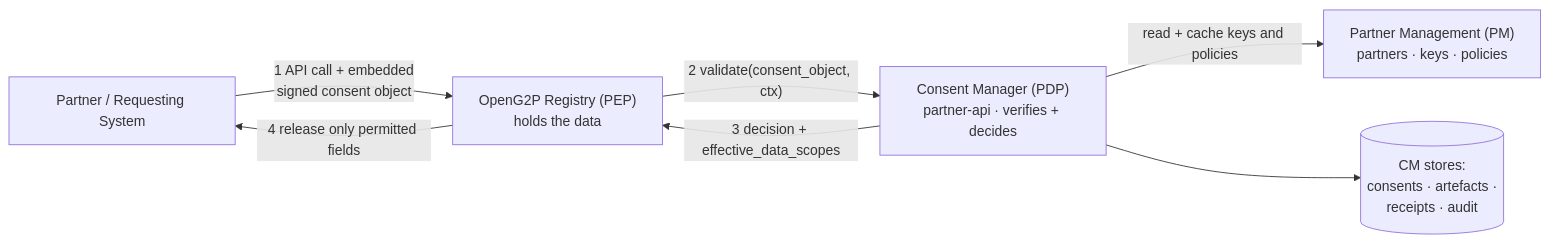
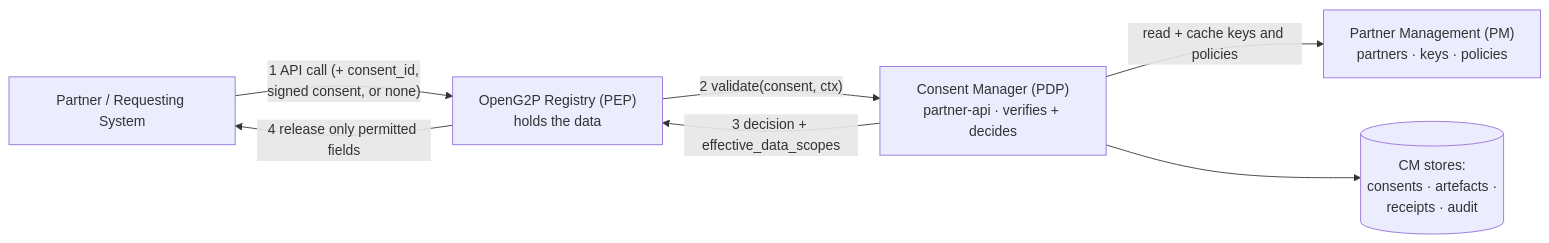
One commit to OpenG2P/openg2p-documentation changed the first of 3 diagrams in consent-management/design/architecture.md. Above: the diagram before and after it, drawn with Mermaid. The commit also changed other lines of this file and 59 other files, not shown here.

````diff
--- a/consent-management/design/architecture.md
+++ b/consent-management/design/architecture.md
@@ -16,15 +16,15 @@
 ```mermaid
 flowchart LR
   Partner["Partner / Requesting System"]
   Registry["OpenG2P Registry (PEP)\nholds the data"]
   CM["Consent Manager (PDP)\npartner-api · verifies + decides"]
   PM["Partner Management (PM)\npartners · keys · policies"]
   Store[("CM stores:\nconsents · artefacts ·\nreceipts · audit")]
 
-  Partner -->|"1 API call + embedded\nsigned consent object"| Registry
-  Registry -->|"2 validate(consent_object, ctx)"| CM
+  Partner -->|"1 API call (+ consent_id,\nsigned consent, or none)"| Registry
+  Registry -->|"2 validate(consent, ctx)"| CM
   CM -->|"read + cache keys and policies"| PM
   CM --> Store
   CM -->|"3 decision + effective_data_scopes"| Registry
   Registry -->|"4 release only permitted fields"| Partner
 ```
````
